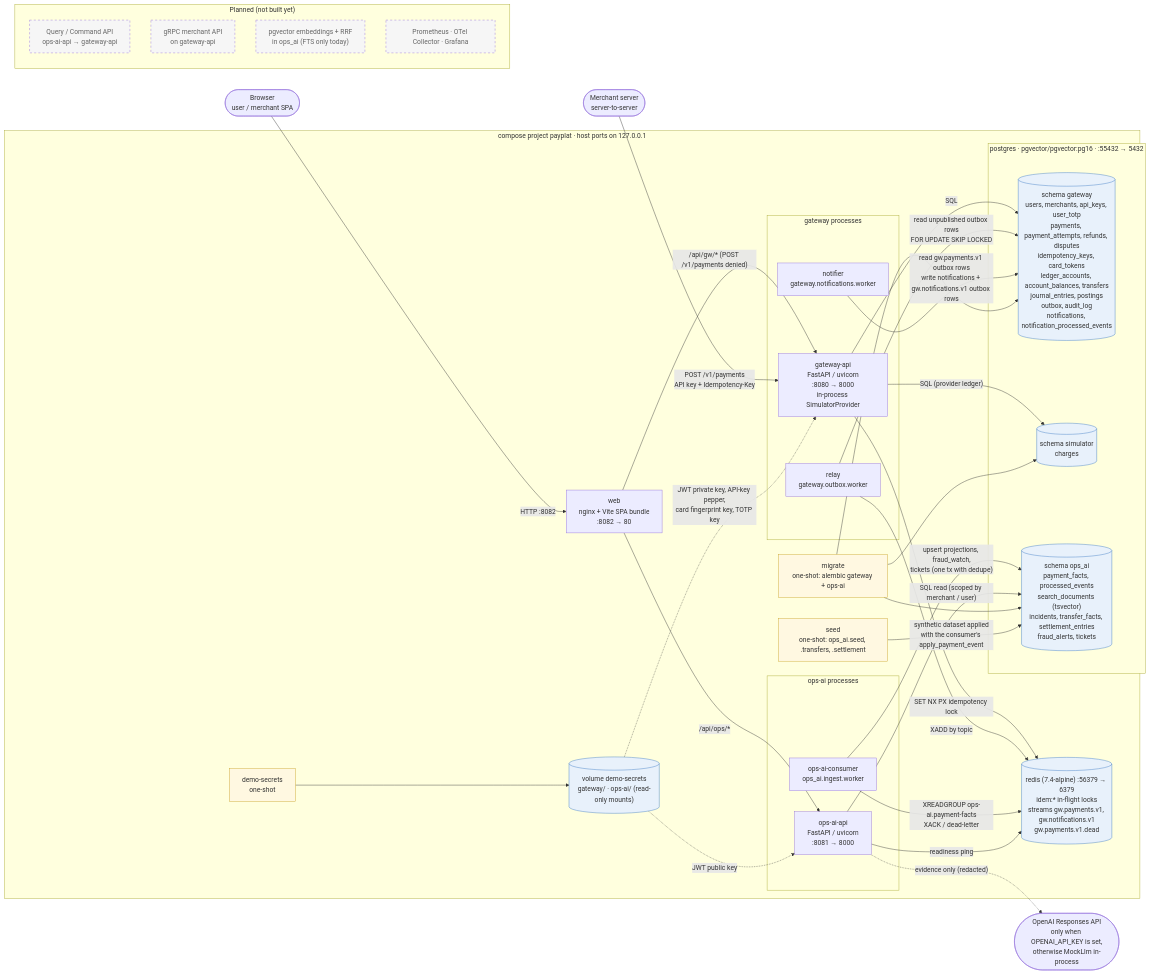
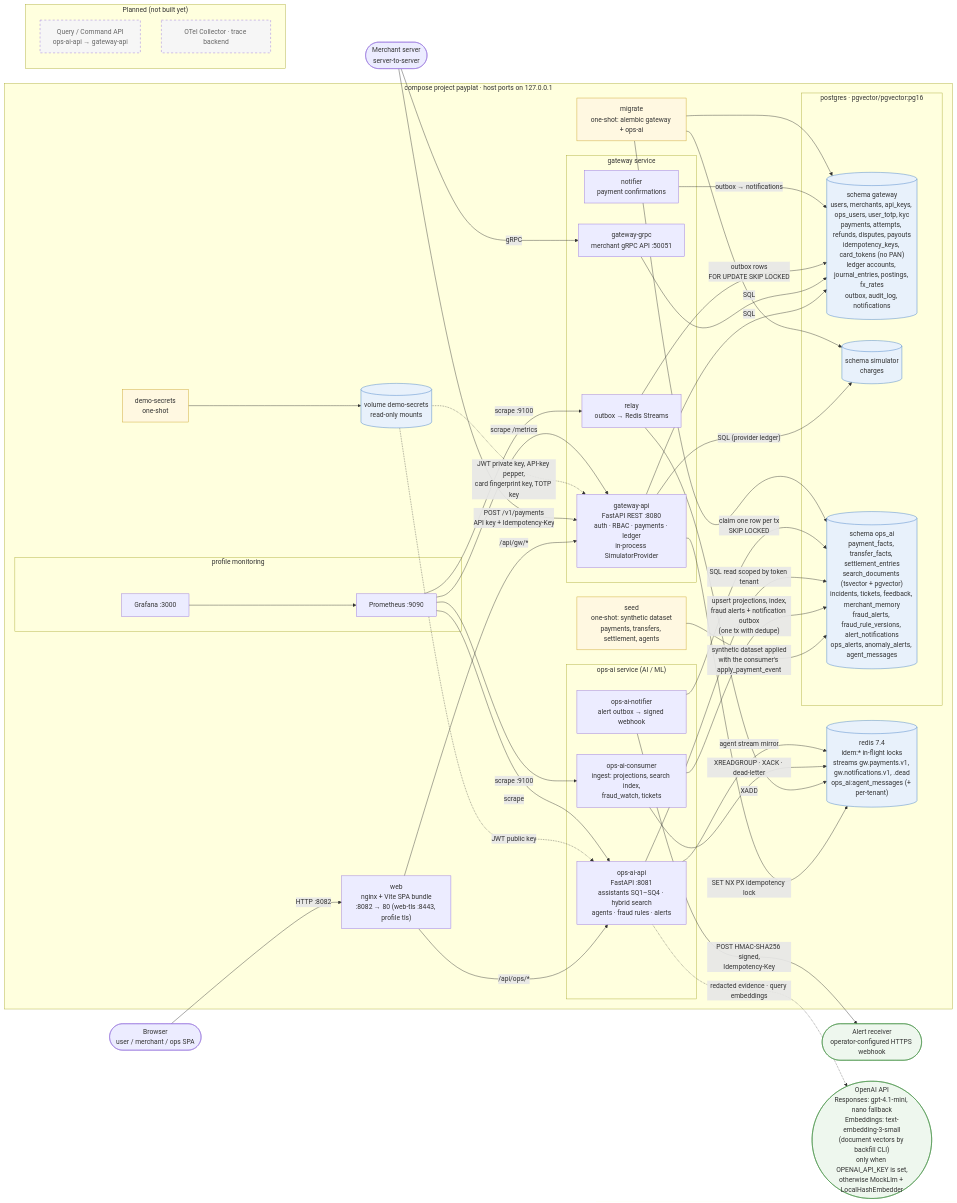
One commit to kodandy/prodapt-case-study-2026 changed the first of 6 diagrams in docs/architecture.md. Above: the diagram before and after it, drawn with Mermaid. The commit also changed other lines of this file and 3 other files, not shown here.

First line of the commit message:
Redraw the architecture diagram and add caching and model selection decisions

```diff
--- a/docs/architecture.md
+++ b/docs/architecture.md
@@ -15,57 +15,70 @@
   classDef planned stroke-dasharray: 5 5,color:#666,fill:#f6f6f6
   classDef oneshot fill:#fff8e1,stroke:#c9a227
   classDef store fill:#e8f1fb,stroke:#3b78c3
+  classDef ext fill:#eef7ee,stroke:#3c8c3c
 
-  browser(["Browser<br/>user / merchant SPA"])
+  browser(["Browser<br/>user / merchant / ops SPA"])
   merchantsrv(["Merchant server<br/>server-to-server"])
+  receiver(["Alert receiver<br/>operator-configured HTTPS webhook"]):::ext
+  openai(["OpenAI API<br/>Responses: gpt-4.1-mini, nano fallback<br/>Embeddings: text-embedding-3-small<br/>(document vectors by backfill CLI)<br/>only when OPENAI_API_KEY is set,<br/>otherwise MockLlm + LocalHashEmbedder"]):::ext
 
   subgraph host["compose project payplat · host ports on 127.0.0.1"]
-    web["web<br/>nginx + Vite SPA bundle<br/>:8082 → 80"]
+    web["web<br/>nginx + Vite SPA bundle<br/>:8082 → 80 (web-tls :8443, profile tls)"]
 
-    subgraph gw["gateway processes"]
-      gwapi["gateway-api<br/>FastAPI / uvicorn<br/>:8080 → 8000<br/>in-process SimulatorProvider"]
-      relay["relay<br/>gateway.outbox.worker"]
-      notifier["notifier<br/>gateway.notifications.worker"]
+    subgraph gw["gateway service"]
+      gwapi["gateway-api<br/>FastAPI REST :8080<br/>auth · RBAC · payments · ledger<br/>in-process SimulatorProvider"]
+      gwgrpc["gateway-grpc<br/>merchant gRPC API :50051"]
+      relay["relay<br/>outbox → Redis Streams"]
+      notifier["notifier<br/>payment confirmations"]
     end
 
-    subgraph ops["ops-ai processes"]
-      opsapi["ops-ai-api<br/>FastAPI / uvicorn<br/>:8081 → 8000"]
-      consumer["ops-ai-consumer<br/>ops_ai.ingest.worker"]
+    subgraph ops["ops-ai service (AI / ML)"]
+      opsapi["ops-ai-api<br/>FastAPI :8081<br/>assistants SQ1–SQ4 · hybrid search<br/>agents · fraud rules · alerts"]
+      consumer["ops-ai-consumer<br/>ingest: projections, search index,<br/>fraud_watch, tickets"]
+      opsnotifier["ops-ai-notifier<br/>alert outbox → signed webhook"]
     end
 
-    subgraph pg["postgres · pgvector/pgvector:pg16 · :55432 → 5432"]
-      sgw[("schema gateway<br/>users, merchants, api_keys, user_totp<br/>payments, payment_attempts, refunds, disputes<br/>idempotency_keys, card_tokens<br/>ledger_accounts, account_balances, transfers<br/>journal_entries, postings<br/>outbox, audit_log<br/>notifications, notification_processed_events")]
+    subgraph pg["postgres · pgvector/pgvector:pg16"]
+      sgw[("schema gateway<br/>users, merchants, api_keys, ops_users, user_totp, kyc<br/>payments, attempts, refunds, disputes, payouts<br/>idempotency_keys, card_tokens (no PAN)<br/>ledger accounts, journal_entries, postings, fx_rates<br/>outbox, audit_log, notifications")]
       ssim[("schema simulator<br/>charges")]
-      sops[("schema ops_ai<br/>payment_facts, processed_events<br/>search_documents (tsvector)<br/>incidents, transfer_facts, settlement_entries<br/>fraud_alerts, tickets")]
+      sops[("schema ops_ai<br/>payment_facts, transfer_facts, settlement_entries<br/>search_documents (tsvector + pgvector)<br/>incidents, tickets, feedback, merchant_memory<br/>fraud_alerts, fraud_rule_versions, alert_notifications<br/>ops_alerts, anomaly_alerts, agent_messages")]
     end
 
-    redis[("redis (7.4-alpine) :56379 → 6379<br/>idem:* in-flight locks<br/>streams gw.payments.v1, gw.notifications.v1<br/>gw.payments.v1.dead")]
+    redis[("redis 7.4<br/>idem:* in-flight locks<br/>streams gw.payments.v1, gw.notifications.v1, .dead<br/>ops_ai:agent_messages (+ per-tenant)")]
 
     secrets["demo-secrets<br/>one-shot"]
     migrate["migrate<br/>one-shot: alembic gateway + ops-ai"]
-    seed["seed<br/>one-shot: ops_ai.seed, .transfers, .settlement"]
-    vol[("volume demo-secrets<br/>gateway/ · ops-ai/ (read-only mounts)")]
+    seed["seed<br/>one-shot: synthetic dataset<br/>payments, transfers, settlement, agents"]
+    vol[("volume demo-secrets<br/>read-only mounts")]
+
+    subgraph mon["profile monitoring"]
+      prom["Prometheus :9090"]
+      graf["Grafana :3000"]
+    end
   end
 
-  openai(["OpenAI Responses API<br/>only when OPENAI_API_KEY is set,<br/>otherwise MockLlm in-process"])
-
   browser -->|"HTTP :8082"| web
-  web -->|"/api/gw/* (POST /v1/payments denied)"| gwapi
+  web -->|"/api/gw/*"| gwapi
   web -->|"/api/ops/*"| opsapi
   merchantsrv -->|"POST /v1/payments<br/>API key + Idempotency-Key"| gwapi
+  merchantsrv -->|"gRPC"| gwgrpc
 
   gwapi -->|"SQL"| sgw
   gwapi -->|"SQL (provider ledger)"| ssim
+  gwgrpc -->|"SQL"| sgw
   gwapi -->|"SET NX PX idempotency lock"| redis
-  relay -->|"read unpublished outbox rows<br/>FOR UPDATE SKIP LOCKED"| sgw
-  relay -->|"XADD by topic"| redis
-  notifier -->|"read gw.payments.v1 outbox rows<br/>write notifications + gw.notifications.v1 outbox rows"| sgw
+  relay -->|"outbox rows<br/>FOR UPDATE SKIP LOCKED"| sgw
+  relay -->|"XADD"| redis
+  notifier -->|"outbox → notifications"| sgw
 
-  consumer -->|"XREADGROUP ops-ai.payment-facts<br/>XACK / dead-letter"| redis
-  consumer -->|"upsert projections, fraud_watch,<br/>tickets (one tx with dedupe)"| sops
-  opsapi -->|"SQL read (scoped by merchant / user)"| sops
-  opsapi -->|"readiness ping"| redis
-  opsapi -.->|"evidence only (redacted)"| openai
+  seed -->|"synthetic dataset applied<br/>with the consumer's apply_payment_event"| sops
+  consumer -->|"XREADGROUP · XACK · dead-letter"| redis
+  consumer -->|"upsert projections, index,<br/>fraud alerts + notification outbox<br/>(one tx with dedupe)"| sops
+  opsapi -->|"SQL read scoped by token tenant"| sops
+  opsapi -->|"agent stream mirror"| redis
+  opsapi -.->|"redacted evidence · query embeddings"| openai
+  opsnotifier -->|"claim one row per tx<br/>SKIP LOCKED"| sops
+  opsnotifier -->|"POST HMAC-SHA256 signed,<br/>Idempotency-Key"| receiver
 
   secrets --> vol
   vol -.->|"JWT private key, API-key pepper,<br/>card fingerprint key, TOTP key"| gwapi
@@ -73,13 +86,16 @@
   migrate --> sgw
   migrate --> ssim
   migrate --> sops
-  seed -->|"synthetic dataset applied<br/>with the consumer's apply_payment_event"| sops
+
+  prom -->|"scrape /metrics"| gwapi
+  prom -->|"scrape"| opsapi
+  prom -->|"scrape :9100"| relay
+  prom -->|"scrape :9100"| consumer
+  graf --> prom
 
   subgraph planned["Planned (not built yet)"]
     qapi["Query / Command API<br/>ops-ai-api → gateway-api"]:::planned
-    grpc["gRPC merchant API<br/>on gateway-api"]:::planned
-    vec["pgvector embeddings + RRF<br/>in ops_ai (FTS only today)"]:::planned
-    obs["Prometheus · OTel Collector · Grafana"]:::planned
+    otel["OTel Collector · trace backend"]:::planned
   end
 
   class secrets,migrate,seed oneshot
```
